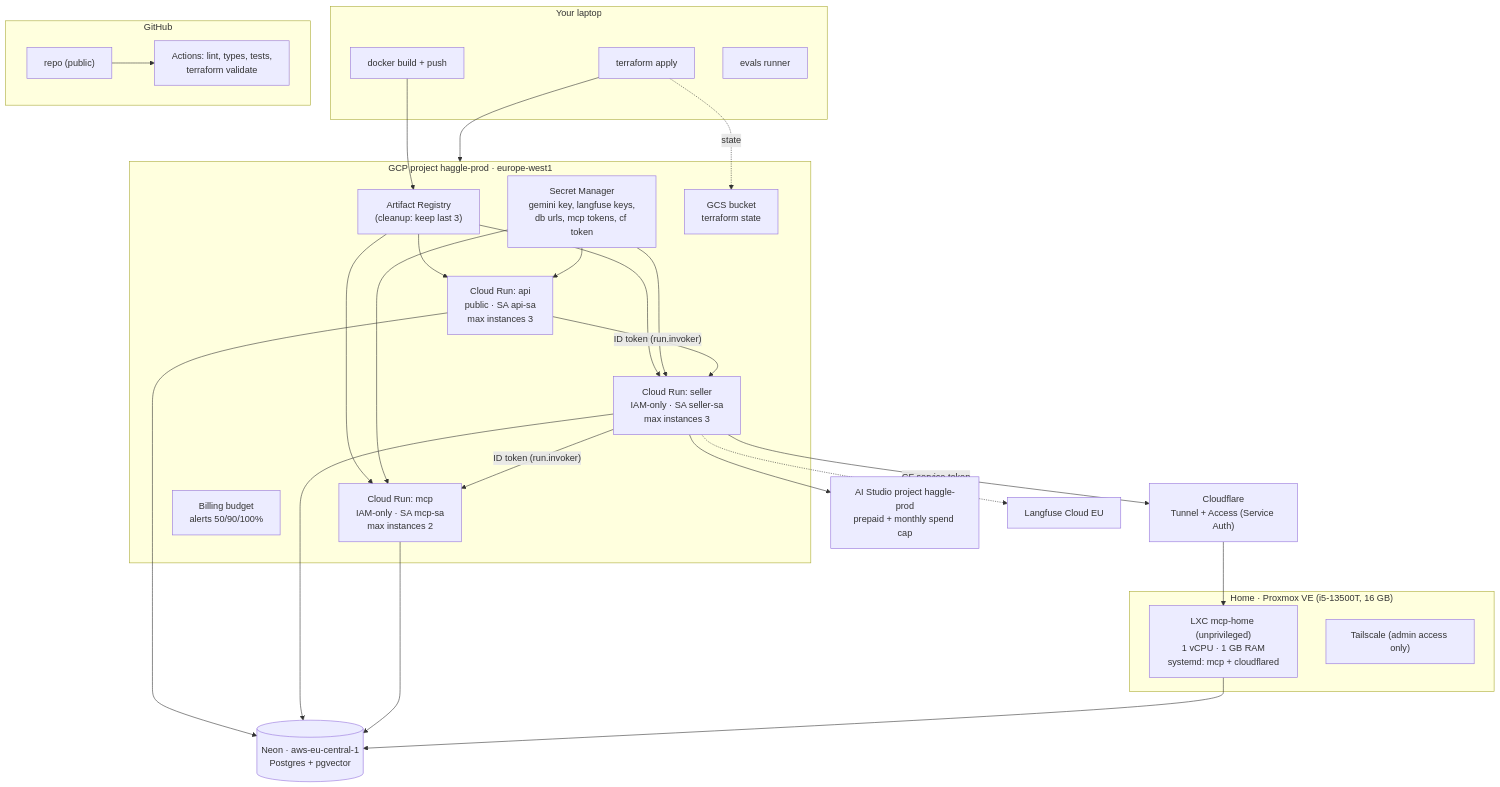
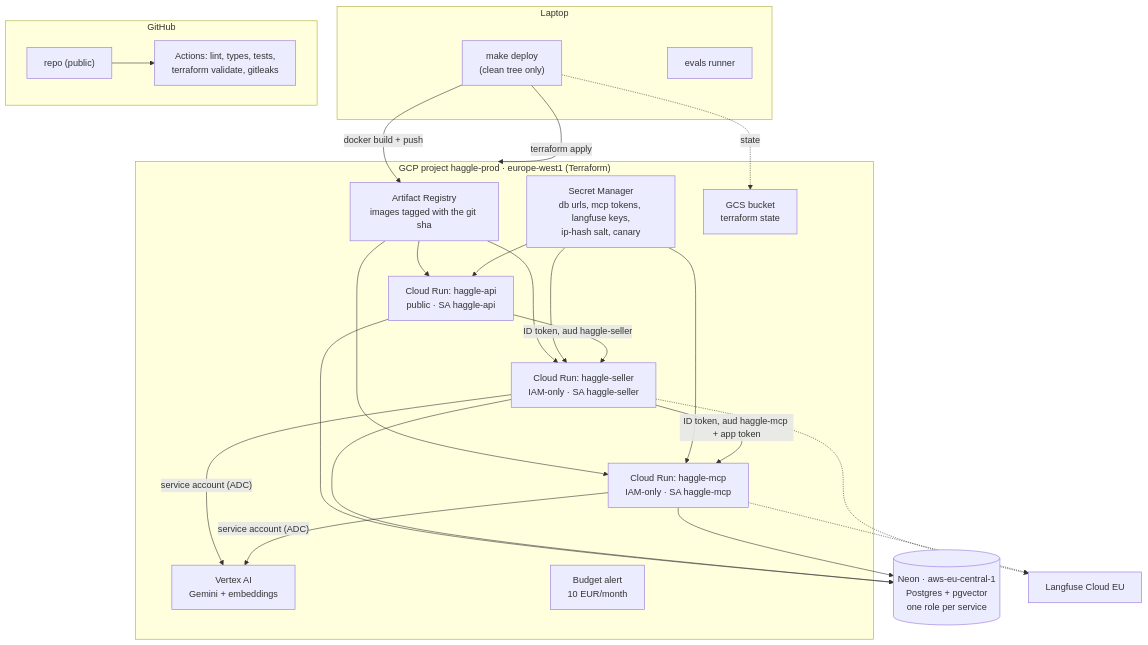
The fifth of 5 diagrams in docs/02-architecture.md (raulEspaa/haggle-garage), drawn with Mermaid before and after one commit. The commit also changed other lines of this file and 27 other files, not shown here.

````diff
--- a/docs/02-architecture.md
+++ b/docs/02-architecture.md
@@ -196,47 +195,38 @@
 ```mermaid
 flowchart TB
-    subgraph dev["Your laptop"]
-        tf["terraform apply"]
-        dockerBuild["docker build + push"]
+    subgraph dev["Laptop"]
+        make["make deploy<br/>(clean tree only)"]
         evalsRun["evals runner"]
     end
 
     subgraph gh["GitHub"]
         repo["repo (public)"]
-        ci["Actions: lint, types, tests,<br/>terraform validate"]
+        ci["Actions: lint, types, tests,<br/>terraform validate, gitleaks"]
     end
 
-    subgraph gcpProj["GCP project haggle-prod · europe-west1"]
-        ar["Artifact Registry<br/>(cleanup: keep last 3)"]
-        sm["Secret Manager<br/>gemini key, langfuse keys,<br/>db urls, mcp tokens, cf token"]
-        runApi["Cloud Run: api<br/>public · SA api-sa<br/>max instances 3"]
-        runSeller["Cloud Run: seller<br/>IAM-only · SA seller-sa<br/>max instances 3"]
-        runMcp["Cloud Run: mcp<br/>IAM-only · SA mcp-sa<br/>max instances 2"]
-        budget["Billing budget<br/>alerts 50/90/100%"]
+    subgraph gcpProj["GCP project haggle-prod · europe-west1 (Terraform)"]
+        ar["Artifact Registry<br/>images tagged with the git sha"]
+        sm["Secret Manager<br/>db urls, mcp tokens, langfuse keys,<br/>ip-hash salt, canary"]
+        runApi["Cloud Run: haggle-api<br/>public · SA haggle-api"]
+        runSeller["Cloud Run: haggle-seller<br/>IAM-only · SA haggle-seller"]
+        runMcp["Cloud Run: haggle-mcp<br/>IAM-only · SA haggle-mcp"]
+        vertex["Vertex AI<br/>Gemini + embeddings"]
+        budget["Budget alert<br/>10 EUR/month"]
         gcs["GCS bucket<br/>terraform state"]
     end
 
-    subgraph homeLab["Home · Proxmox VE (i5-13500T, 16 GB)"]
-        lxc["LXC mcp-home (unprivileged)<br/>1 vCPU · 1 GB RAM<br/>systemd: mcp + cloudflared"]
-        ts["Tailscale (admin access only)"]
-    end
-
-    neon[("Neon · aws-eu-central-1<br/>Postgres + pgvector")]
-    cf["Cloudflare<br/>Tunnel + Access (Service Auth)"]
-    aistudio["AI Studio project haggle-prod<br/>prepaid + monthly spend cap"]
+    neon[("Neon · aws-eu-central-1<br/>Postgres + pgvector<br/>one role per service")]
     lf["Langfuse Cloud EU"]
 
     repo --> ci
-    dockerBuild --> ar
-    tf --> gcpProj
-    tf -. state .-> gcs
+    make -->|"docker build + push"| ar
+    make -->|"terraform apply"| gcpProj
+    make -. state .-> gcs
     ar --> runApi & runSeller & runMcp
     sm --> runApi & runSeller & runMcp
-    runApi -->|"ID token (run.invoker)"| runSeller
-    runSeller -->|"ID token (run.invoker)"| runMcp
-    runSeller -->|"CF service token"| cf --> lxc
+    runApi -->|"ID token, aud haggle-seller"| runSeller
+    runSeller -->|"ID token, aud haggle-mcp + app token"| runMcp
     runApi & runSeller & runMcp --> neon
-    lxc --> neon
-    runSeller --> aistudio
-    runSeller -.-> lf
+    runSeller & runMcp -->|"service account (ADC)"| vertex
+    runSeller & runMcp -.-> lf
 ```
````
